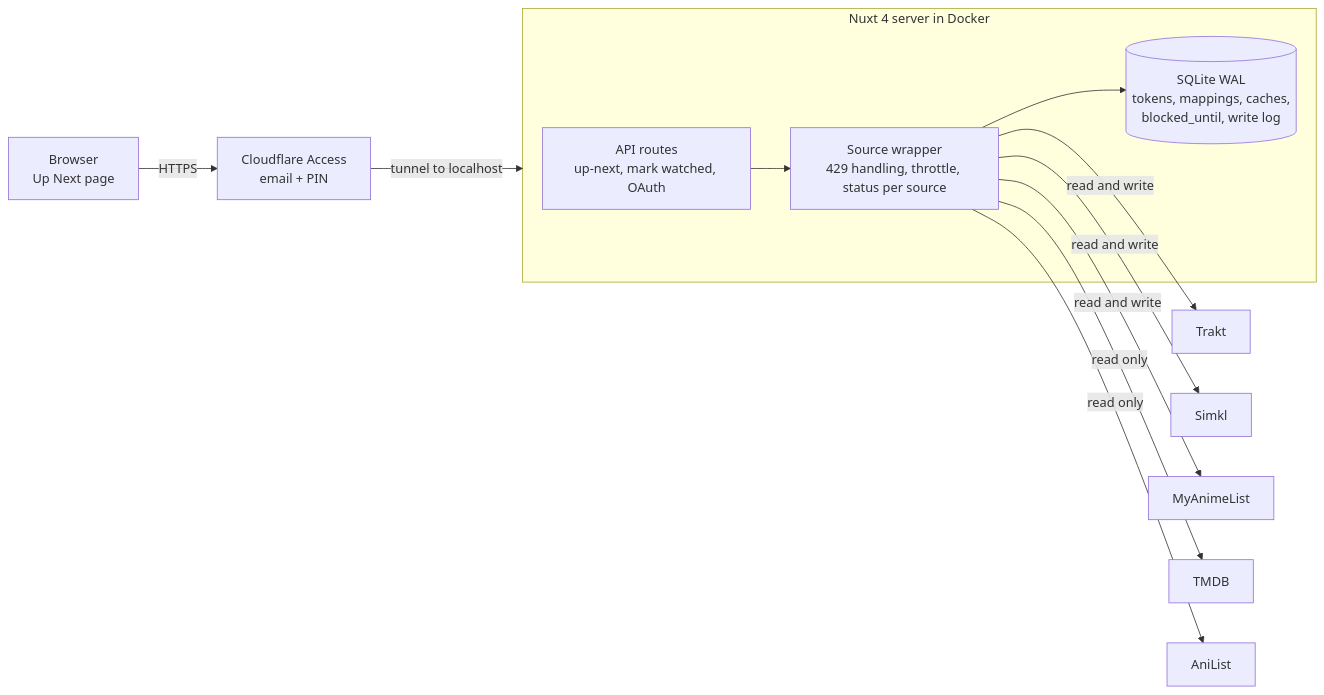
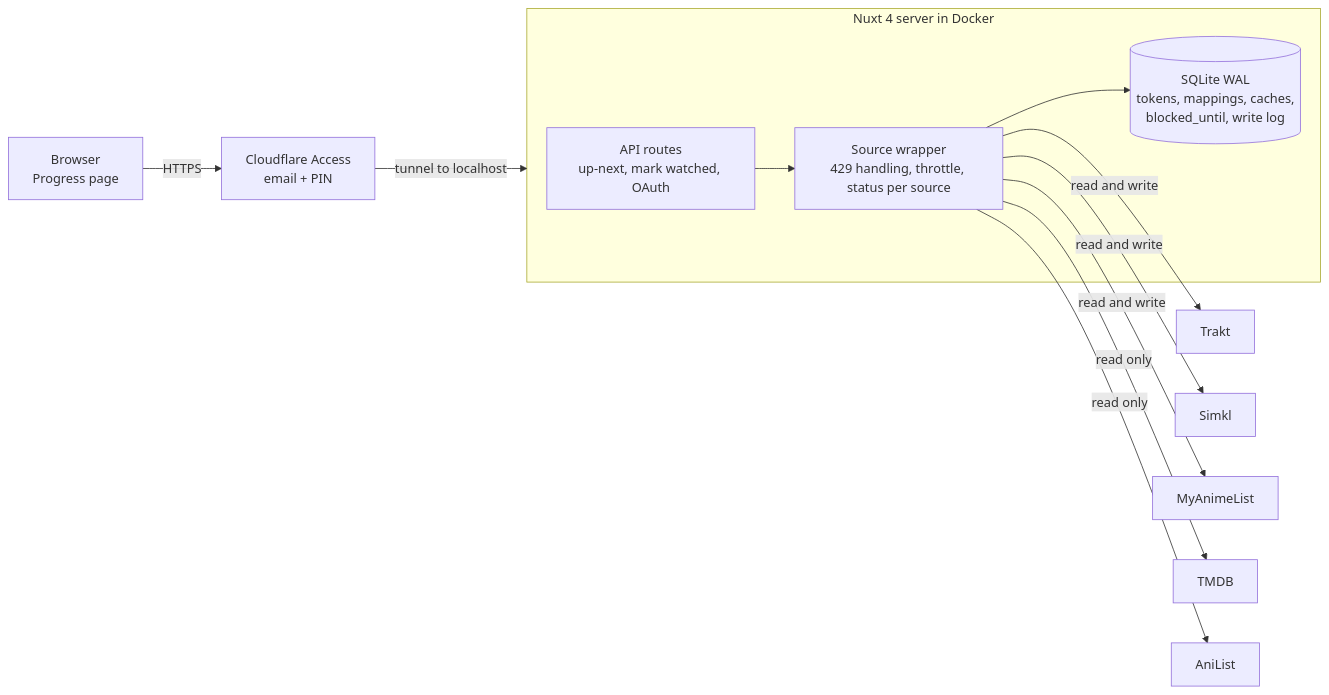
The diagram in docs/plan.md (oowais/tsuzuku), drawn with Mermaid before and after one commit. The commit also changed other lines of this file and 9 other files, not shown here.

Commit message:
Rename the Up Next page to Progress

````diff
--- a/docs/plan.md
+++ b/docs/plan.md
@@ -17,14 +17,14 @@
 ```mermaid
 flowchart LR
-  B[Browser<br/>Up Next page] -->|HTTPS| CF[Cloudflare Access<br/>email + PIN]
+  B[Browser<br/>Progress page] -->|HTTPS| CF[Cloudflare Access<br/>email + PIN]
   CF -->|tunnel to localhost| S
   subgraph S[Nuxt 4 server in Docker]
     API[API routes<br/>up-next, mark watched, OAuth] --> W[Source wrapper<br/>429 handling, throttle, status per source]
     W --> DB[(SQLite WAL<br/>tokens, mappings, caches,<br/>blocked_until, write log)]
   end
   W -->|read and write| T[Trakt]
   W -->|read and write| SK[Simkl]
   W -->|read and write| M[MyAnimeList]
   W -->|read only| TM[TMDB]
   W -->|read only| AL[AniList]
 ```
````
